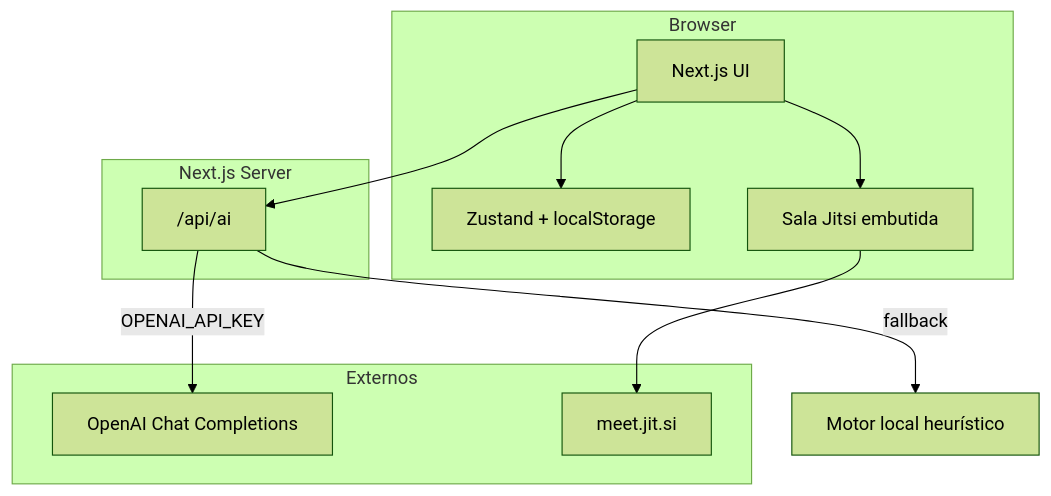
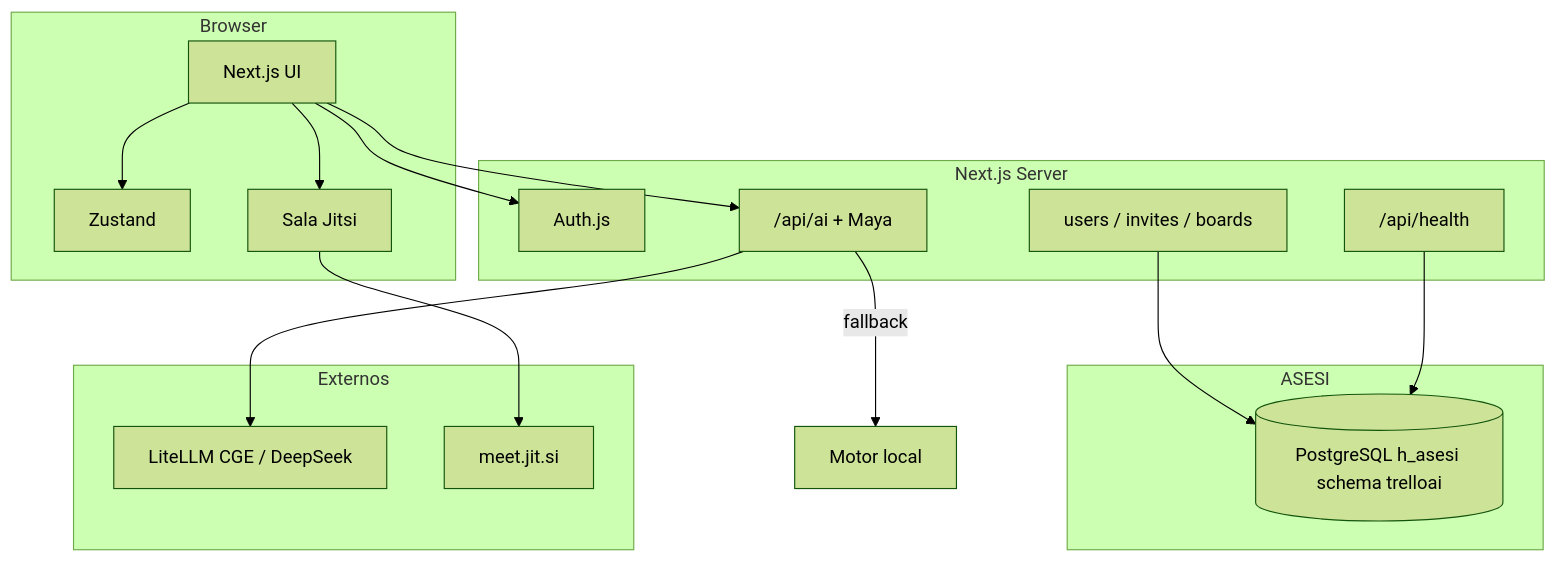
Before and after one commit to naubergois/TrelloAI: the diagram in docs/ARCHITECTURE.md, drawn with Mermaid (forest theme). The commit also changed other lines of this file and 44 other files, not shown here.

````diff
--- a/docs/ARCHITECTURE.md
+++ b/docs/ARCHITECTURE.md
@@ -5,21 +5,30 @@
 ```mermaid
 flowchart TB
   subgraph client [Browser]
     UI[Next.js UI]
-    Store[Zustand + localStorage]
-    MeetUI[Sala Jitsi embutida]
+    Store[Zustand]
+    MeetUI[Sala Jitsi]
   end
   subgraph server [Next.js Server]
-    AiApi["/api/ai"]
+    Auth[Auth.js]
+    AiApi["/api/ai + Maya"]
+    Health["/api/health"]
+    Persist[users / invites / boards]
+  end
+  subgraph data [ASESI]
+    PG[("PostgreSQL h_asesi schema trelloai")]
   end
   subgraph external [Externos]
-    OpenAI[OpenAI Chat Completions]
+    LLM[LiteLLM CGE / DeepSeek]
     Jitsi[meet.jit.si]
   end
+  UI --> Auth
   UI --> Store
   UI --> AiApi
   UI --> MeetUI
+  Persist --> PG
+  Health --> PG
   MeetUI --> Jitsi
-  AiApi -->|OPENAI_API_KEY| OpenAI
-  AiApi -->|fallback| LocalEngine[Motor local heurístico]
+  AiApi --> LLM
+  AiApi -->|fallback| LocalEngine[Motor local]
 ```
````
